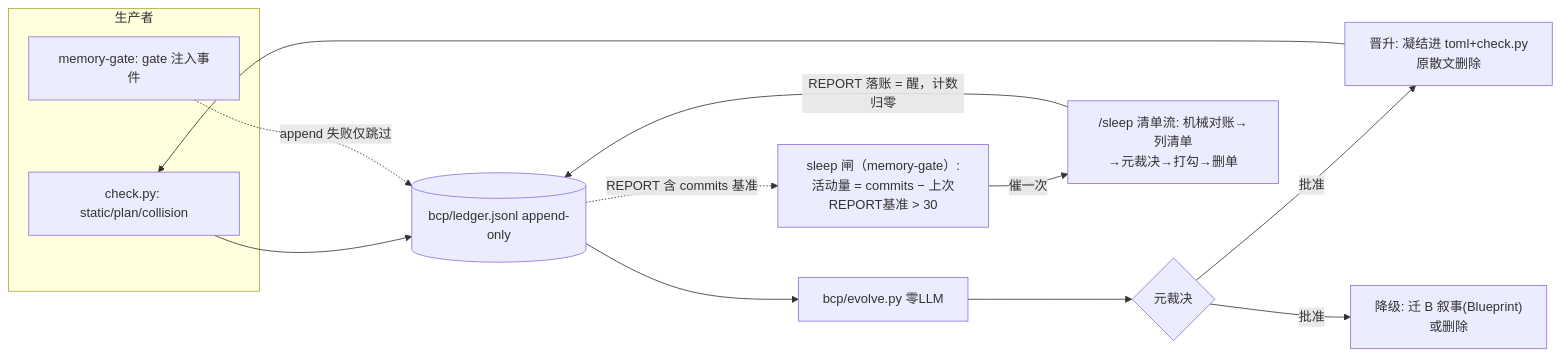
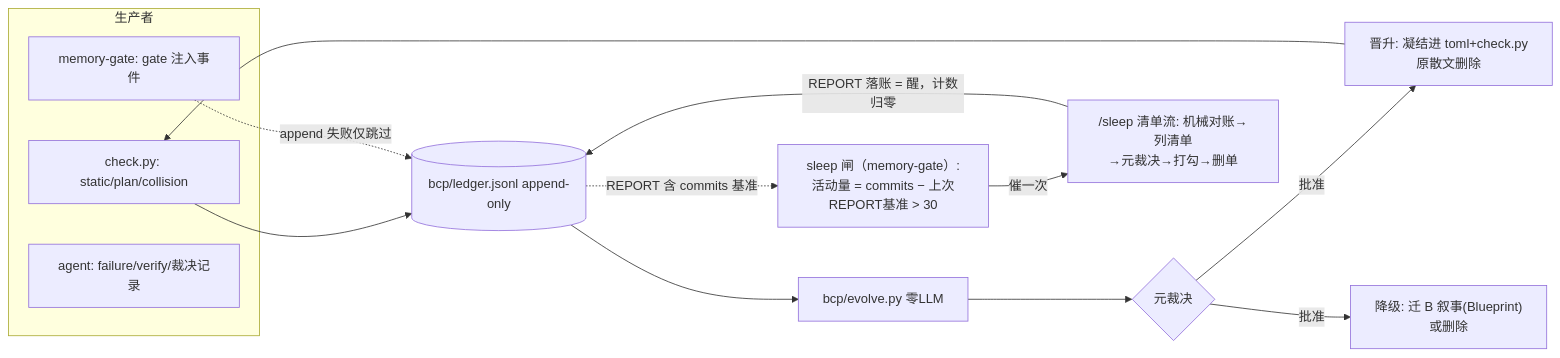
The first of 4 diagrams in README.md (wenge6090-tech/bcp-kit), drawn with Mermaid before and after one commit. The commit also changed other lines of this file and 5 other files, not shown here.

````diff
--- a/README.md
+++ b/README.md
@@ -173,24 +183,25 @@
 ```mermaid
 flowchart LR
     subgraph 生产者
         CK["check.py: static/plan/collision"]
         MG["memory-gate: gate 注入事件"]
+        AGENT["agent: failure/verify/裁决记录"]
     end
     LEDGER[("bcp/ledger.jsonl append-only")]
     EV["bcp/evolve.py 零LLM"]
     H{"元裁决"}
     P["晋升: 凝结进 toml+check.py\n原散文删除"]
     D["降级: 迁 B 叙事(Blueprint)\n或删除"]
     SG["sleep 闸（memory-gate）:\n活动量 = commits − 上次REPORT基准 > 30"]
     SL["/sleep 清单流: 机械对账→列清单\n→元裁决→打勾→删单"]
     CK --> LEDGER
     MG -.->|"append 失败仅跳过"| LEDGER
     LEDGER --> EV
     EV --> H
     H -->|批准| P
     H -->|批准| D
     P --> CK
     LEDGER -.->|"REPORT 含 commits 基准"| SG
     SG -->|"催一次"| SL
     SL -->|"REPORT 落账 = 醒，计数归零"| LEDGER
 ```
````
